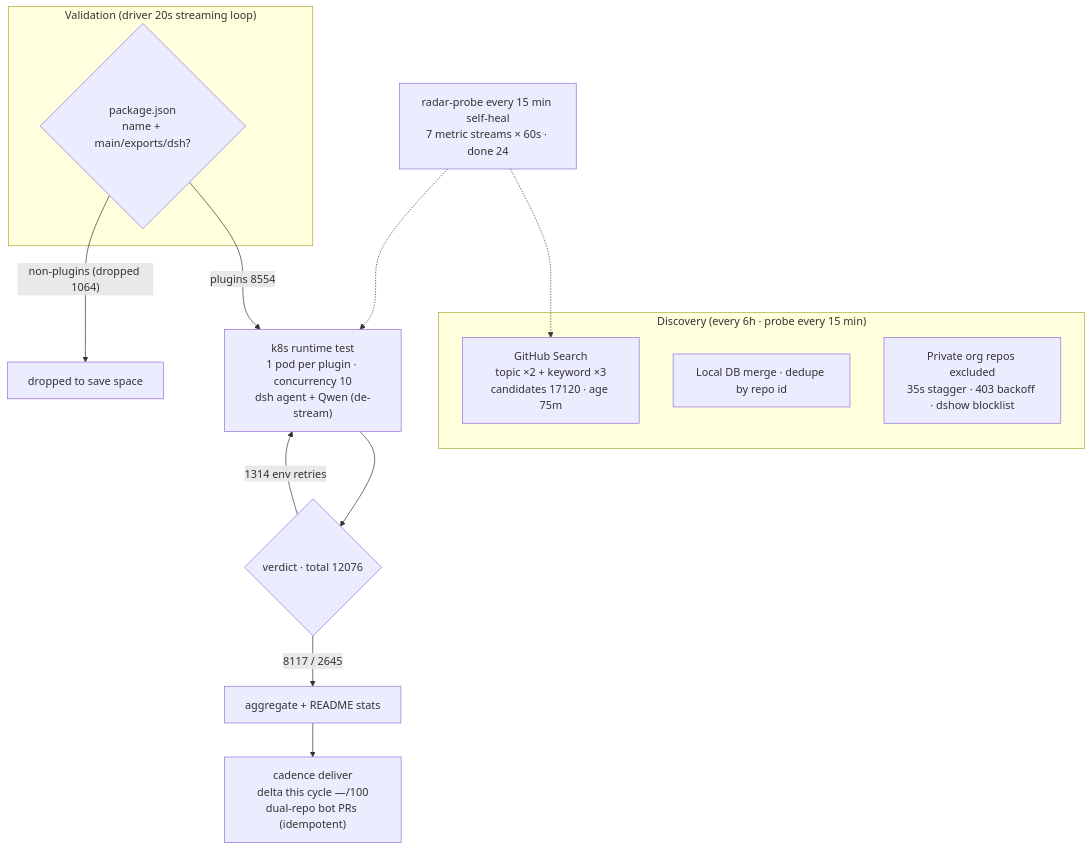
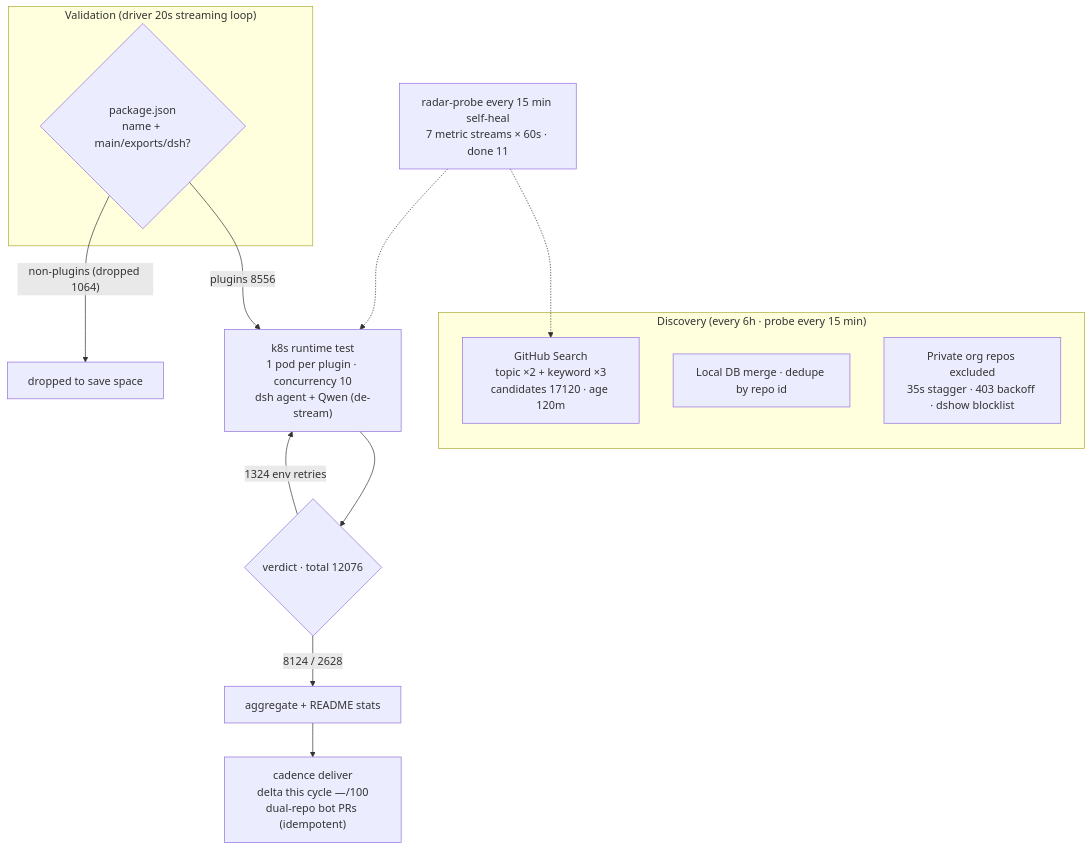
Before and after one commit to AdamPlatin123/awesome-dsh-plugins: the diagram in README.en-US.md, drawn with Mermaid. The commit also changed other lines of this file and 5 other files, not shown here.

````diff
--- a/README.en-US.md
+++ b/README.en-US.md
@@ -45,20 +45,20 @@
 ```mermaid
 flowchart TB
     subgraph Discovery["Discovery (every 6h · probe every 15 min)"]
-        A1["GitHub Search<br/>topic ×2 + keyword ×3<br/>candidates 17120 · age 75m"]
+        A1["GitHub Search<br/>topic ×2 + keyword ×3<br/>candidates 17120 · age 120m"]
         A2["Local DB merge · dedupe by repo id"]
         A3["Private org repos excluded<br/>35s stagger · 403 backoff · dshow blocklist"]
     end
     subgraph Validation["Validation (driver 20s streaming loop)"]
         B1{"package.json<br/>name + main/exports/dsh?"}
     end
-    B1 -->|"plugins 8554"| C1["k8s runtime test<br/>1 pod per plugin · concurrency 10<br/>dsh agent + Qwen (de-stream)"]
+    B1 -->|"plugins 8556"| C1["k8s runtime test<br/>1 pod per plugin · concurrency 10<br/>dsh agent + Qwen (de-stream)"]
     B1 -->|"non-plugins (dropped 1064)"| B3["dropped to save space"]
     C1 --> D1{"verdict · total 12076"}
-    D1 -->|"8117 / 2645"| E1["aggregate + README stats"]
-    D1 -->|"1314 env retries"| C1
+    D1 -->|"8124 / 2628"| E1["aggregate + README stats"]
+    D1 -->|"1324 env retries"| C1
     E1 --> E2["cadence deliver<br/>delta this cycle —/100<br/>dual-repo bot PRs (idempotent)"]
-    M["radar-probe every 15 min self-heal<br/>7 metric streams × 60s · done 24"]
+    M["radar-probe every 15 min self-heal<br/>7 metric streams × 60s · done 11"]
     M -.-> A1
     M -.-> C1
 ```
````
